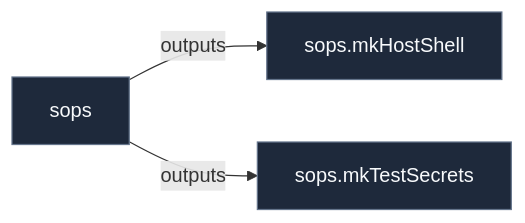
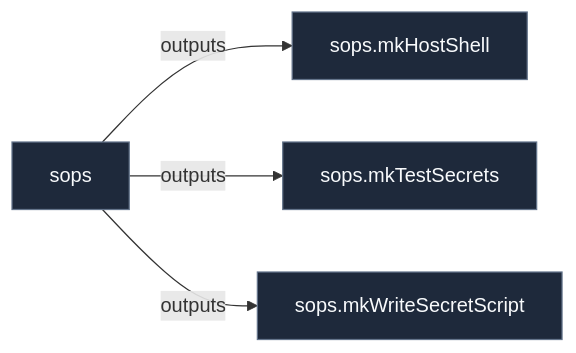
The diagram in docs/lib/sops.md (LW-54/nixconf), drawn with Mermaid before and after one commit. The commit also changed other lines of this file and 107 other files, not shown here.

````diff
--- a/docs/lib/sops.md
+++ b/docs/lib/sops.md
@@ -13,26 +13,29 @@
 ```mermaid
 flowchart LR
   urn__nixconf__ast__function__sops_mkHostShell["sops.mkHostShell"]:::defaultNode
     urn__nixconf__ast__function__sops_mkTestSecrets["sops.mkTestSecrets"]:::defaultNode
+    urn__nixconf__ast__function__sops_mkWriteSecretScript["sops.mkWriteSecretScript"]:::defaultNode
     urn__nixconf__onto__lib__sops["sops"]:::defaultNode
 
     urn__nixconf__onto__lib__sops -->|outputs| urn__nixconf__ast__function__sops_mkHostShell
     urn__nixconf__onto__lib__sops -->|outputs| urn__nixconf__ast__function__sops_mkTestSecrets
+    urn__nixconf__onto__lib__sops -->|outputs| urn__nixconf__ast__function__sops_mkWriteSecretScript
 
 
     click urn__nixconf__ast__function__sops_mkHostShell href "sops.md" "sops.mkHostShell"
     click urn__nixconf__ast__function__sops_mkTestSecrets href "sops.md" "sops.mkTestSecrets"
+    click urn__nixconf__ast__function__sops_mkWriteSecretScript href "sops.md" "sops.mkWriteSecretScript"
     click urn__nixconf__onto__lib__sops href "sops.md" "sops"
 
   %% Semantic Visual Classes
   classDef hostNode fill:#1e293b,stroke:#38bdf8,stroke-width:2px,color:#f8fafc;
   classDef contractNode fill:#1e1b4b,stroke:#818cf8,stroke-width:2px,color:#f8fafc;
   classDef implNode fill:#0f172a,stroke:#34d399,stroke-width:2px,color:#f8fafc;
   classDef featureNode fill:#134e4a,stroke:#2dd4bf,stroke-width:2px,color:#f8fafc;
   classDef optNode fill:#422006,stroke:#facc15,stroke-width:1px,color:#fefce8;
   classDef typeNode fill:#3b0764,stroke:#c084fc,stroke-width:1px,color:#faf5ff;
   classDef pkgNode fill:#4c0519,stroke:#fb7185,stroke-width:1px,color:#fff1f2;
   classDef devShellNode fill:#451a03,stroke:#fb923c,stroke-width:1px,color:#fff7ed;
   classDef drvNode fill:#18181b,stroke:#a1a1aa,stroke-width:1px,color:#f4f4f5;
   classDef defaultNode fill:#1e293b,stroke:#64748b,stroke-width:1px,color:#f8fafc;
 ```
````
